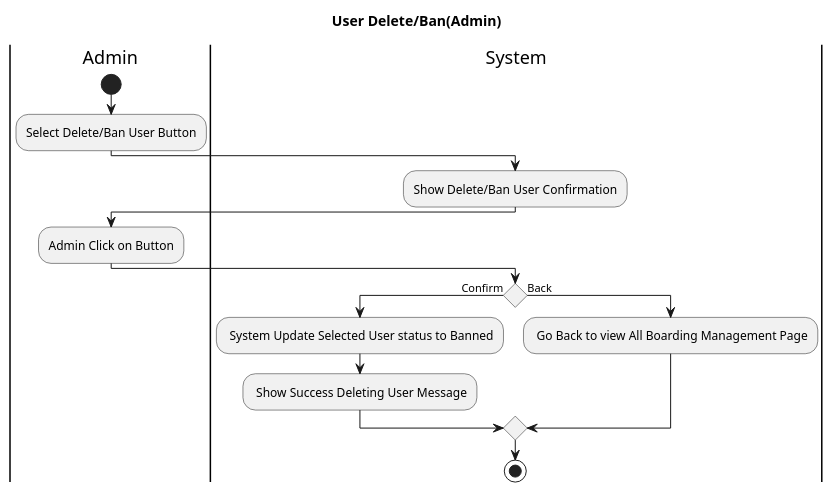
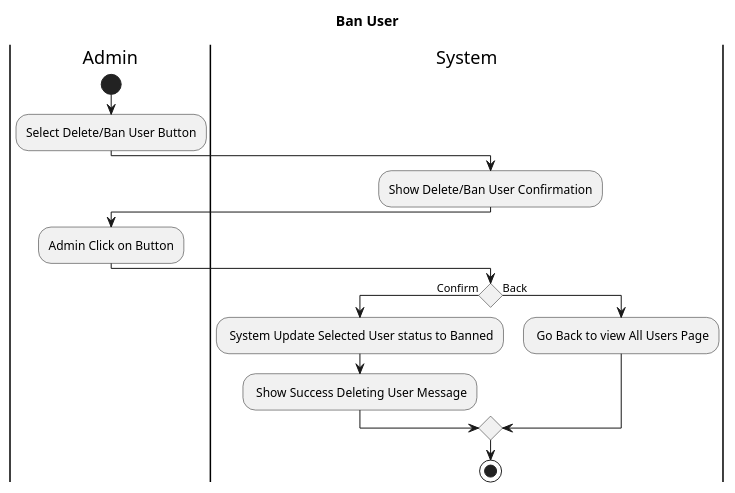
One commit to AntWort21/BHFMS changed the diagram in Design/BHFMS_ACTIVITY/Admin/UserManagement/User Management (Admin) Delete.puml. Above: the diagram before and after it, drawn with PlantUML. The commit also changed 75 other files, not shown here.

Commit message:
Fix Use Cases & ERD

```diff
--- a/Design/BHFMS_ACTIVITY/Admin/UserManagement/User Management (Admin) Delete.puml
+++ b/Design/BHFMS_ACTIVITY/Admin/UserManagement/User Management (Admin) Delete.puml
@@ -1,18 +1,18 @@
 @startuml
-title User Delete/Ban(Admin)
+title Ban User
 |Admin|
 start 
     :Select Delete/Ban User Button;
 |System|
     :Show Delete/Ban User Confirmation;
 |Admin|
     :Admin Click on Button;
     |System|
 If () then (Confirm)
     : System Update Selected User status to Banned;
     : Show Success Deleting User Message;
 else (Back)
-    : Go Back to view All Boarding Management Page;  
+    : Go Back to view All Users Page;  
 endif
 stop
 @enduml
```
